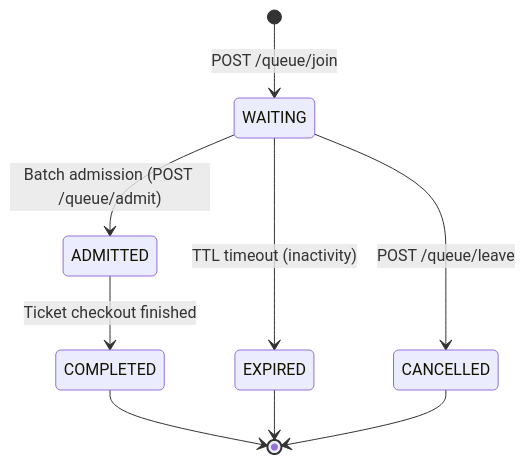
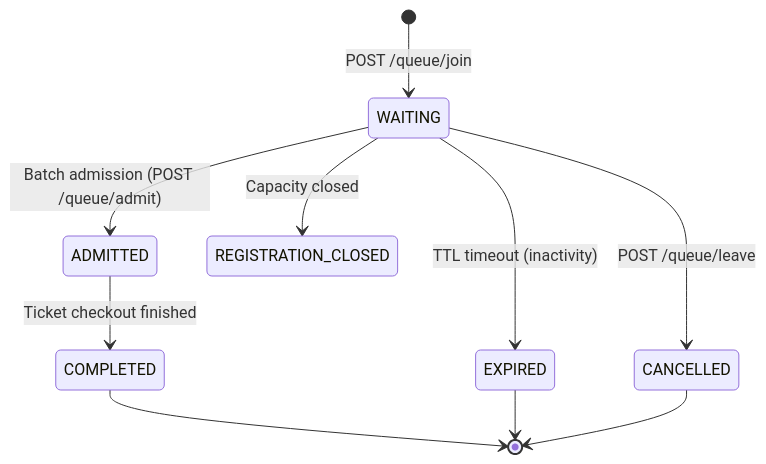
Before and after one commit to Afffan16/football-virtual-waiting-room: the second of 2 diagrams in README.md, drawn with Mermaid. The commit also changed other lines of this file and 38 other files, not shown here.

````diff
--- a/README.md
+++ b/README.md
@@ -120,11 +124,12 @@
 ```mermaid
 stateDiagram-v2
     [*] --> WAITING: POST /queue/join
     WAITING --> ADMITTED: Batch admission (POST /queue/admit)
     WAITING --> EXPIRED: TTL timeout (inactivity)
     WAITING --> CANCELLED: POST /queue/leave
+    WAITING --> REGISTRATION_CLOSED: Capacity closed
     ADMITTED --> COMPLETED: Ticket checkout finished
     COMPLETED --> [*]
     EXPIRED --> [*]
     CANCELLED --> [*]
 ```
````
